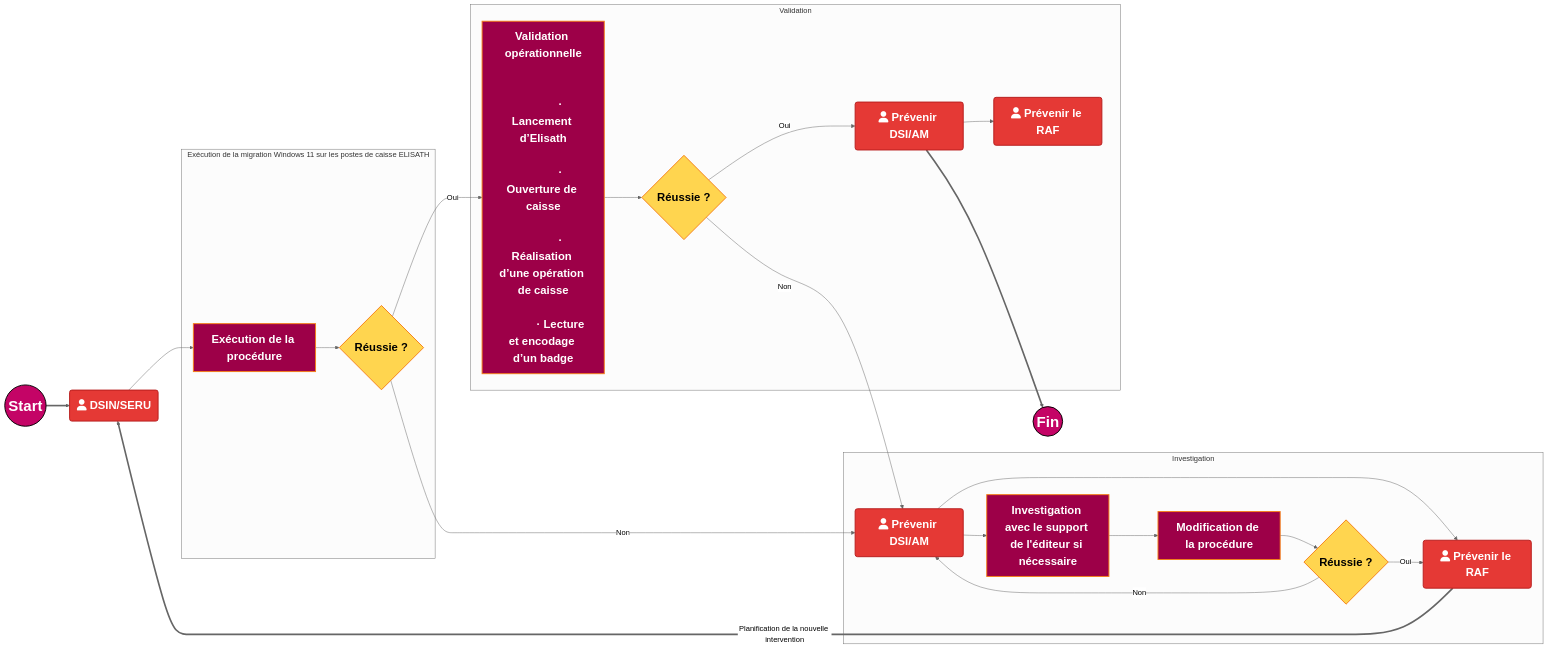
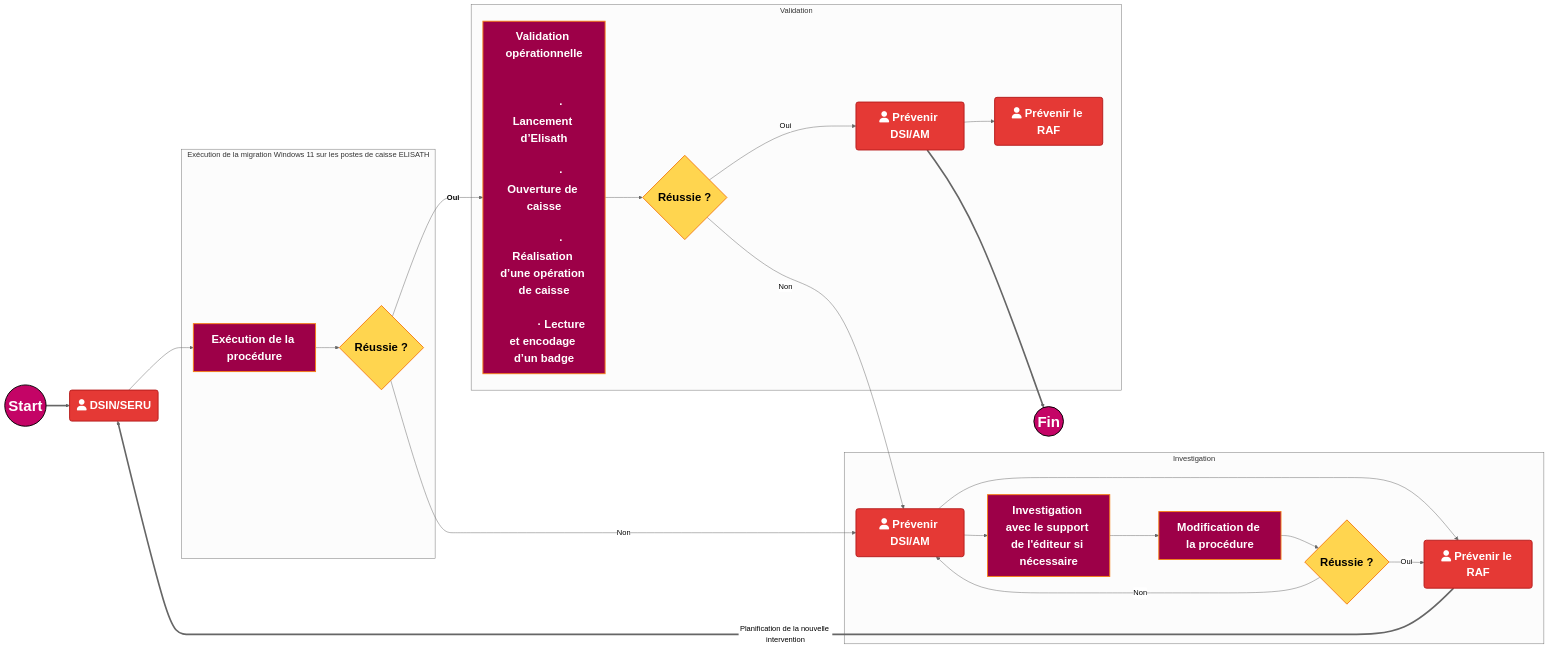
One commit to fdadda/iodraw-files changed the diagram in all/Flux de validation.md. Above: the diagram before and after it, drawn with Mermaid (neutral theme).

Commit message:
2026-05-12 12:17:03 update

````diff
--- a/all/Flux de validation.md
+++ b/all/Flux de validation.md
@@ -1,62 +1,62 @@
 ```mermaid
 flowchart LR
 
     start((Start)) ==> A
     A(fa:fa-user DSIN/SERU) --> B[Exécution de la procédure]
 
     subgraph Exécution de la migration Windows 11 sur les postes de caisse ELISATH
         B --> C{Réussie ?}
     end
 
     subgraph Validation
-        C -->|Oui| D["Validation opérationnelle<br/><br/>
+        C -->|<b>Oui</b>| D["Validation opérationnelle<br/><br/>
             · Lancement d’Elisath<br/>
             · Ouverture de caisse<br/>
             · Réalisation d’une opération de caisse<br/>
             · Lecture et encodage d’un badge"]
 
         D --> Val{Réussie ?}
 
         Val -->|Oui| PrevDSI(fa:fa-user Prévenir DSI/AM)
        
        
         PrevDSI  --> PrevRAF(fa:fa-user Prévenir le RAF)
     end
      PrevDSI ==> fin((Fin))
     Val --> |Non| E
     subgraph Investigation
         C -->|Non| E(fa:fa-user Prévenir DSI/AM)
         E --> F(fa:fa-user Prévenir le RAF)
         E --> G[Investigation avec le support de l'éditeur si nécessaire]
         G --> H[Modification de la procédure]
         H --> I{Réussie ?}
         I -->|Oui| F
         I -->|Non| E
     end
 
     F ==>|Planification de la nouvelle intervention| A
 
     %% --- STYLES ---
     classDef StartEndPoint  fill:#c40466,stroke:#000,color:#fff,stroke-width:2px,font-size:32px,font-weight:bold;
     classDef Decision       fill:#ffd54f,stroke:#f57f17,color:#000,stroke-width:2px,font-size:24px,font-weight:bold;
     classDef Action         fill:#9d0048,stroke:#f57f17,color:#fff,stroke-width:2px,font-size:24px,font-weight:bold;
     classDef Error          fill:#e53935,stroke:#b71c1c,color:#fff,stroke-width:2px,font-size:24px,font-weight:bold;
 
     %% --- AFFECTATION DES CLASSES ---
     class start,fin StartEndPoint;
     class C,I,Val Decision;
     class A,E,F,PrevDSI,PrevRAF Error;
     class B,D,G,H Action;
     %% --- “CEINTURE + BRETELLES” (force le style sur les 2 nœuds) ---
     %%style start font-size:32px,font-weight:bold
     %%style fin   font-size:32px,font-weight:bold
 
     %% --- Codes couleur (commentaires) ---
     %% Bleu marine #000080
     %% Midnight blue #191970
     %% Bleu foncé intense #080F70
     %% Bleu foncé moderne #111184
     %% Orange #ffd54f
     %% Rouge #e53935
     %% Rose CAPI #c40466
 ```
````
